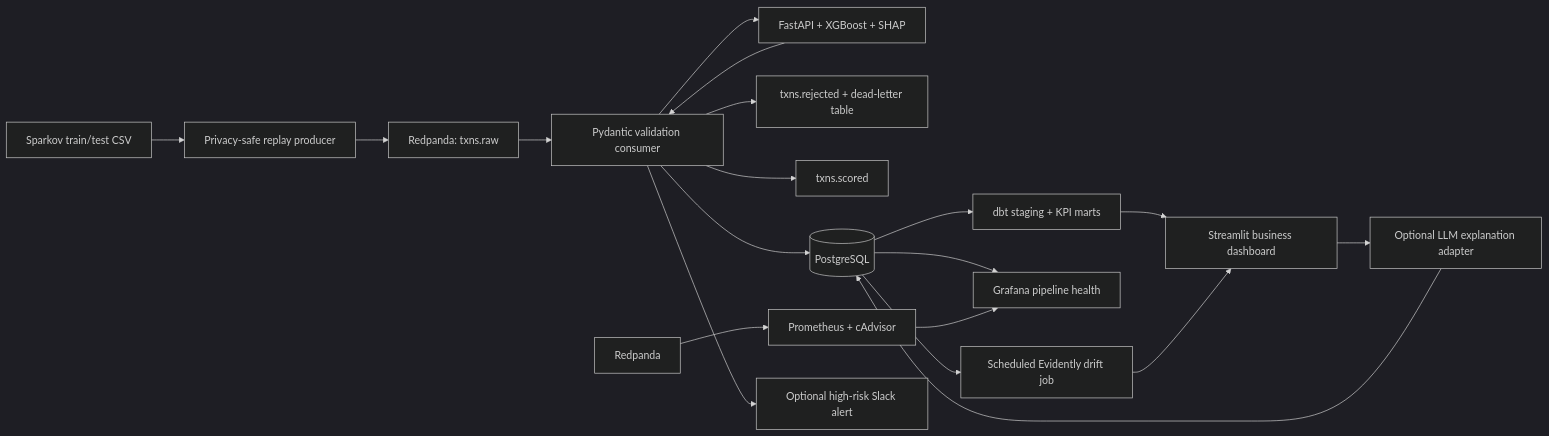
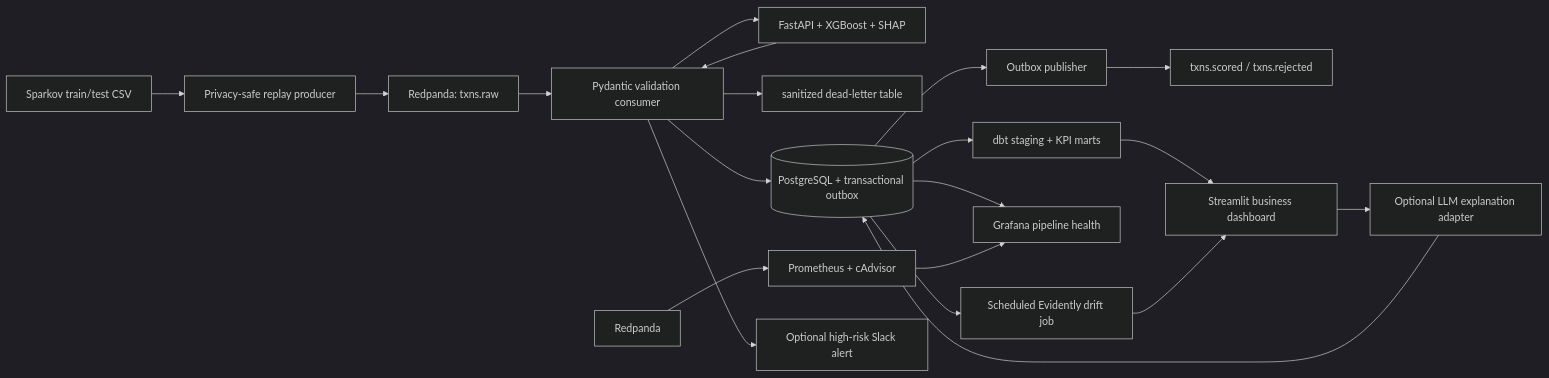
The diagram in README.md (Sarthak2661/Lossguard), drawn with Mermaid (dark theme) before and after one commit. The commit also changed other lines of this file and 2 other files, not shown here.

Commit message:
Document verified pipeline architecture and local workflow

````diff
--- a/README.md
+++ b/README.md
@@ -68,21 +69,22 @@
 ```mermaid
 flowchart LR
     CSV["Sparkov train/test CSV"] --> Producer["Privacy-safe replay producer"]
     Producer --> Raw["Redpanda: txns.raw"]
     Raw --> Consumer["Pydantic validation consumer"]
     Consumer --> API["FastAPI + XGBoost + SHAP"]
-    Consumer --> Rejected["txns.rejected + dead-letter table"]
+    Consumer --> Rejected["sanitized dead-letter table"]
     API --> Consumer
-    Consumer --> Scored["txns.scored"]
-    Consumer --> Postgres[(PostgreSQL)]
+    Consumer --> Postgres[("PostgreSQL + transactional outbox")]
+    Postgres --> Outbox["Outbox publisher"]
+    Outbox --> Scored["txns.scored / txns.rejected"]
     Postgres --> dbt["dbt staging + KPI marts"]
     dbt --> Streamlit["Streamlit business dashboard"]
     Redpanda --> Prometheus["Prometheus + cAdvisor"]
     Postgres --> Grafana["Grafana pipeline health"]
     Prometheus --> Grafana
     Consumer --> Slack["Optional high-risk Slack alert"]
     Postgres --> Evidently["Scheduled Evidently drift job"]
     Evidently --> Streamlit
     Streamlit --> LLM["Optional LLM explanation adapter"]
     LLM --> Postgres
 ```
````
